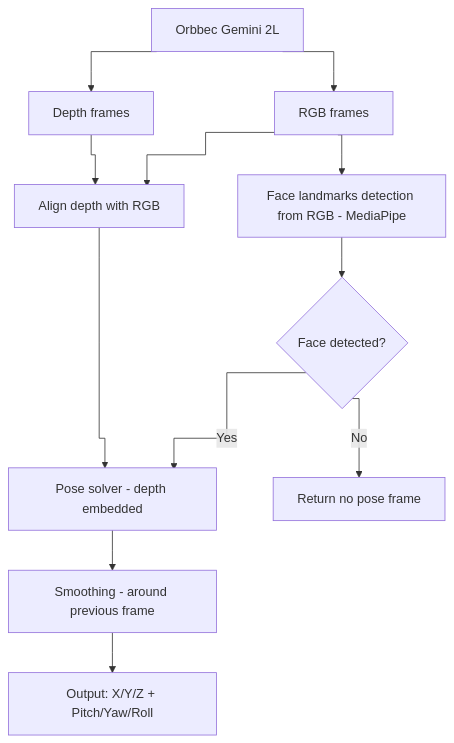
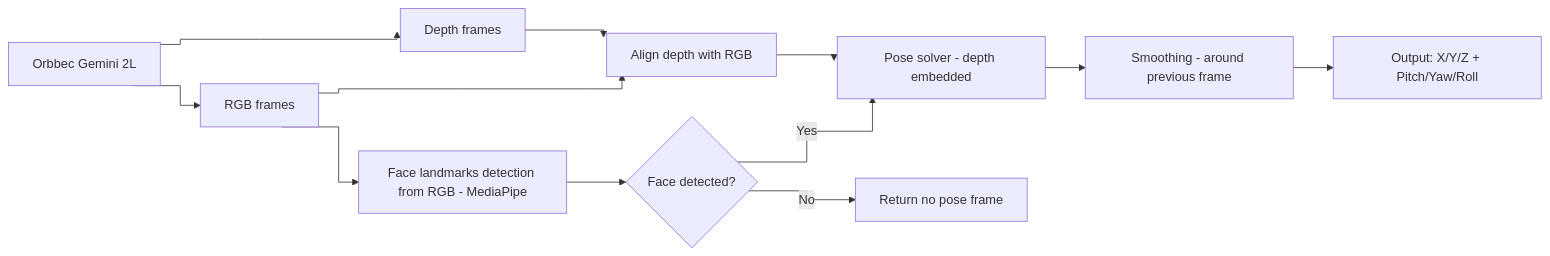
The diagram in docs/face-tracking-pipeline-ieee.mmd (CoopperChen/orbbec-head-tracking), drawn with Mermaid before and after one commit. The commit also changed 50 other files, not shown here.

```diff
--- a/docs/face-tracking-pipeline-ieee.mmd
+++ b/docs/face-tracking-pipeline-ieee.mmd
@@ -1,14 +1,16 @@
 %%{init: {"flowchart": {"curve": "stepAfter"}}}%%
-flowchart TD
+%%{init: {"flowchart": {"curve": "stepAfter"}}}%%
+flowchart LR
     A["Orbbec Gemini 2L"]
     A --> B["RGB frames"]
     A --> C["Depth frames"]
+    B ~~~ C
     B --> D["Align depth with RGB"]
     C --> D
     B --> E["Face landmarks detection from RGB - MediaPipe"]
     E --> F{"Face detected?"}
     F -->|Yes| G["Pose solver - depth embedded"]
     D --> G
     G --> H["Smoothing - around previous frame"]
     H --> I["Output: X/Y/Z + Pitch/Yaw/Roll"]
     F -->|No| J["Return no pose frame"]
```
